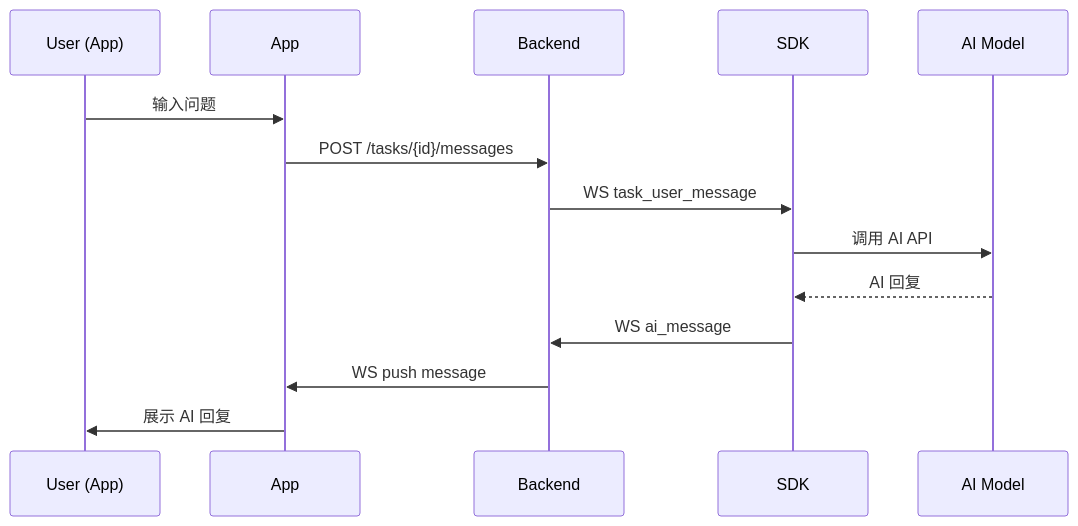
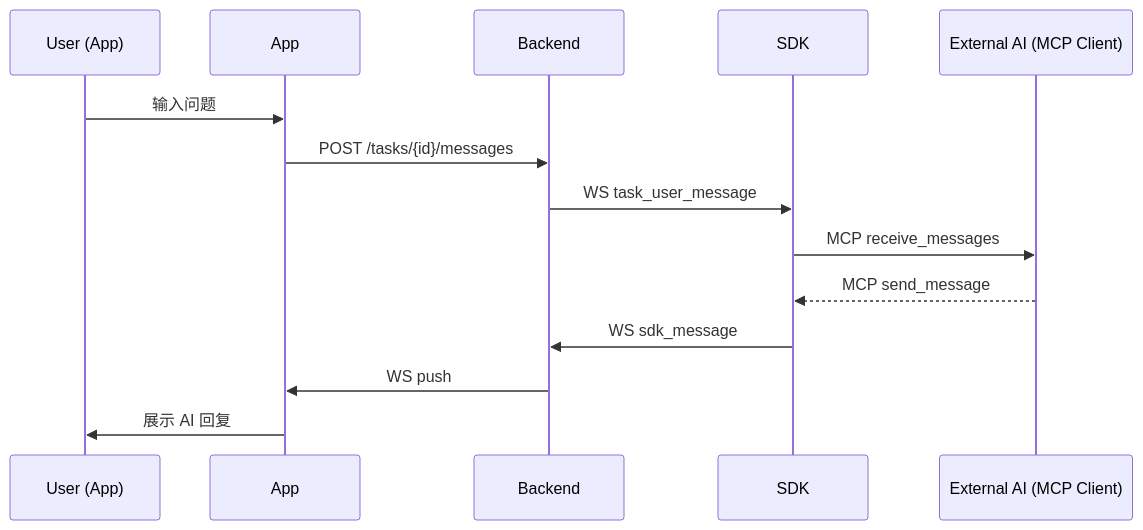
Before and after one commit to DuinoDu/conductor: the first of 2 diagrams in conductor-plan.md, drawn with Mermaid. The commit also changed other lines of this file and 229 other files, not shown here.

````diff
--- a/conductor-plan.md
+++ b/conductor-plan.md
@@ -753,17 +871,17 @@
 ```mermaid
 sequenceDiagram
     participant U as User (App)
     participant A as App
     participant B as Backend
     participant S as SDK
-    participant M as AI Model
+    participant X as External AI (MCP Client)
 
     U->>A: 输入问题
     A->>B: POST /tasks/{id}/messages
     B->>S: WS task_user_message
-    S->>M: 调用 AI API
-    M-->>S: AI 回复
-    S->>B: WS ai_message
-    B->>A: WS push message
+    S->>X: MCP receive_messages
+    X-->>S: MCP send_message
+    S->>B: WS sdk_message
+    B->>A: WS push
     A->>U: 展示 AI 回复
 ```
````
